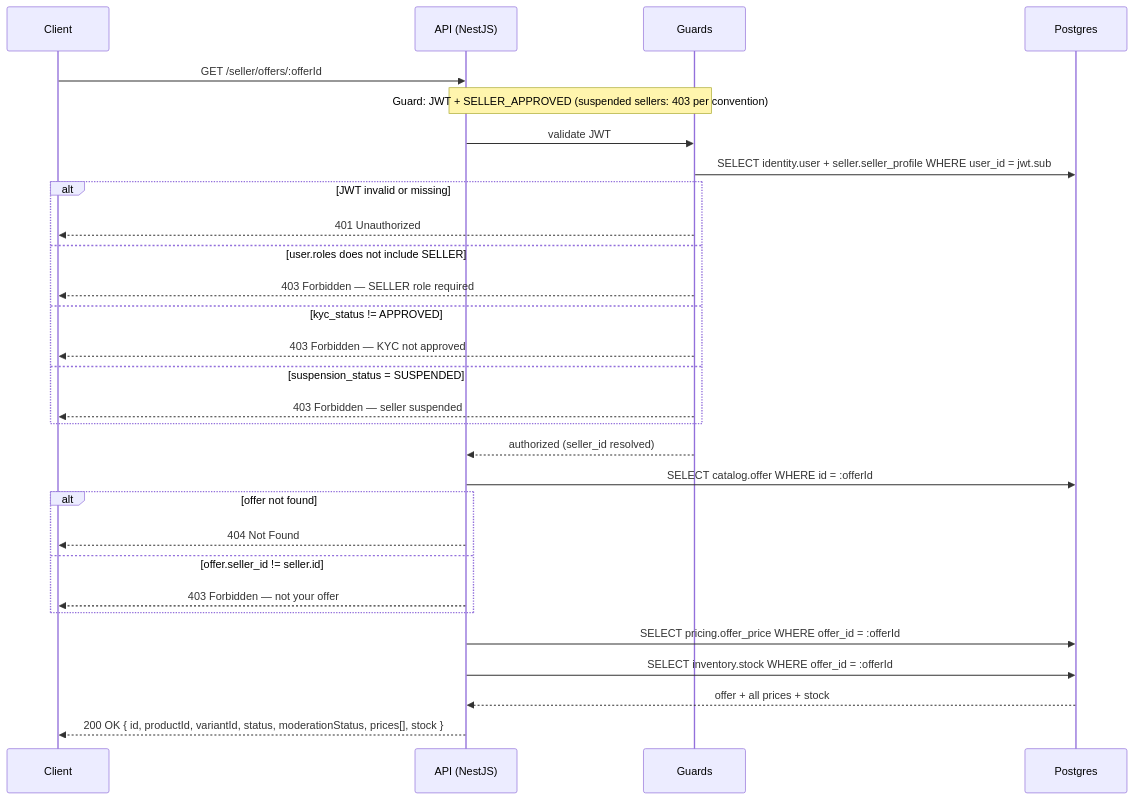
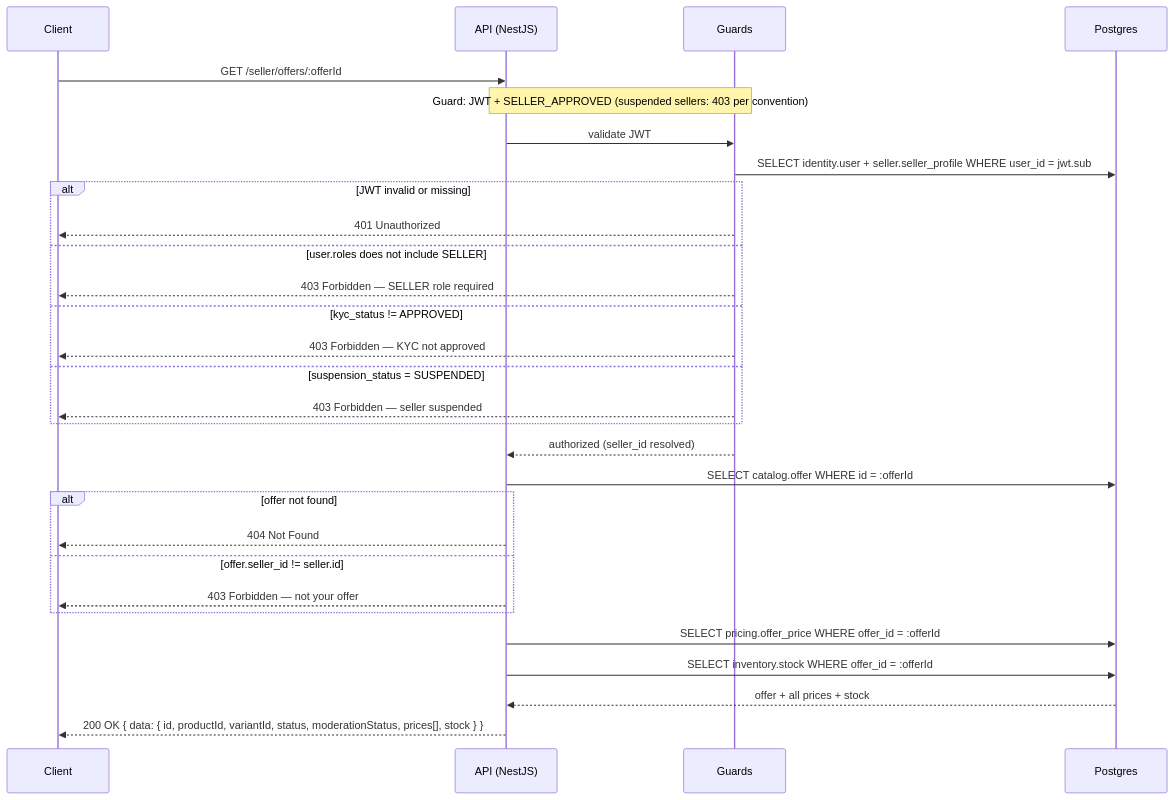
The eighth of 21 diagrams in phase-1/technical-design/api-design/seller.md (alisa-uthi/aliceut-ecom-document), drawn with Mermaid before and after one commit. The commit also changed other lines of this file and 22 other files, not shown here.

````diff
--- a/phase-1/technical-design/api-design/seller.md
+++ b/phase-1/technical-design/api-design/seller.md
@@ -546,34 +554,34 @@
 ```mermaid
 sequenceDiagram
     participant C as Client
     participant A as API (NestJS)
     participant G as Guards
     participant P as Postgres
 
     C->>A: GET /seller/offers/:offerId
     Note over A,G: Guard: JWT + SELLER_APPROVED (suspended sellers: 403 per convention)
     A->>G: validate JWT
     G->>P: SELECT identity.user + seller.seller_profile WHERE user_id = jwt.sub
     alt JWT invalid or missing
         G-->>C: 401 Unauthorized
     else user.roles does not include SELLER
         G-->>C: 403 Forbidden — SELLER role required
     else kyc_status != APPROVED
         G-->>C: 403 Forbidden — KYC not approved
     else suspension_status = SUSPENDED
         G-->>C: 403 Forbidden — seller suspended
     end
     G-->>A: authorized (seller_id resolved)
 
     A->>P: SELECT catalog.offer WHERE id = :offerId
     alt offer not found
         A-->>C: 404 Not Found
     else offer.seller_id != seller.id
         A-->>C: 403 Forbidden — not your offer
     end
     A->>P: SELECT pricing.offer_price WHERE offer_id = :offerId
     A->>P: SELECT inventory.stock WHERE offer_id = :offerId
     P-->>A: offer + all prices + stock
 
-    A-->>C: 200 OK { id, productId, variantId, status, moderationStatus, prices[], stock }
+    A-->>C: 200 OK { data: { id, productId, variantId, status, moderationStatus, prices[], stock } }
 ```
````
